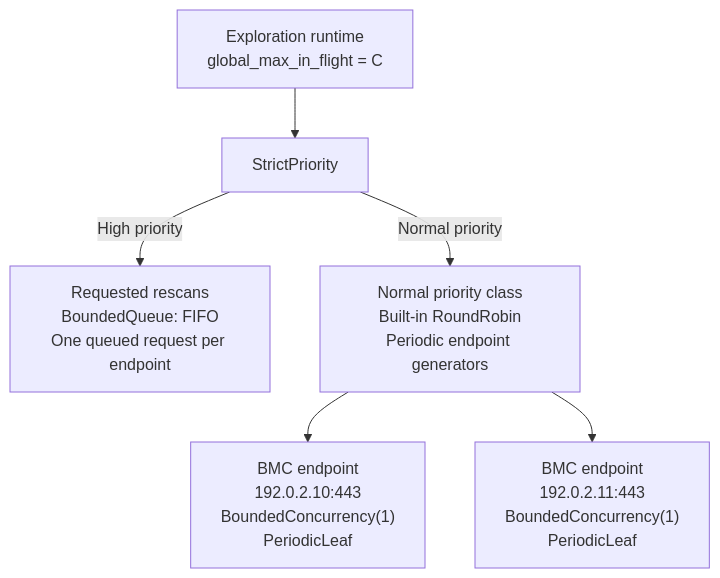
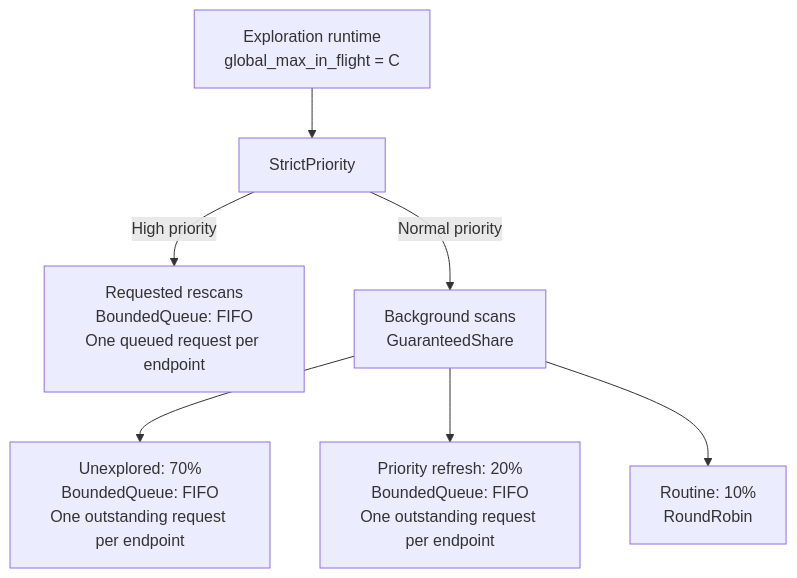
The second of 2 diagrams in docs/design/barrier-free-site-exploration/README.md (dsx-ai-factory/infra-controller), drawn with Mermaid before and after one commit. The commit also changed other lines of this file, not shown here.

Commit message:
doc: GuaranteedShare scheduler & BMC suppression handling

````diff
--- a/docs/design/barrier-free-site-exploration/README.md
+++ b/docs/design/barrier-free-site-exploration/README.md
@@ -88,15 +87,17 @@
 ```mermaid
 flowchart TB
     runtime["Exploration runtime<br/>global_max_in_flight = C"]
     priority["StrictPriority"]
     rescans["Requested rescans<br/>BoundedQueue: FIFO<br/>One queued request per endpoint"]
-    periodic["Normal priority class<br/>Built-in RoundRobin<br/>Periodic endpoint generators"]
-    bmc_10["BMC endpoint<br/>192.0.2.10:443<br/>BoundedConcurrency(1)<br/>PeriodicLeaf"]
-    bmc_11["BMC endpoint<br/>192.0.2.11:443<br/>BoundedConcurrency(1)<br/>PeriodicLeaf"]
+    background["Background scans<br/>GuaranteedShare"]
+    unexplored["Unexplored: 70%<br/>BoundedQueue: FIFO<br/>One outstanding request per endpoint"]
+    refresh["Priority refresh: 20%<br/>BoundedQueue: FIFO<br/>One outstanding request per endpoint"]
+    routine["Routine: 10%<br/>RoundRobin"]
 
     runtime --> priority
     priority -->|High priority| rescans
-    priority -->|Normal priority| periodic
-    periodic --> bmc_10
-    periodic --> bmc_11
+    priority -->|Normal priority| background
+    background --> unexplored
+    background --> refresh
+    background --> routine
 ```
````
